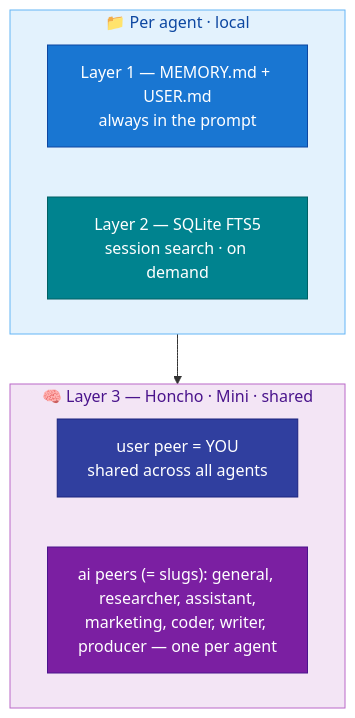
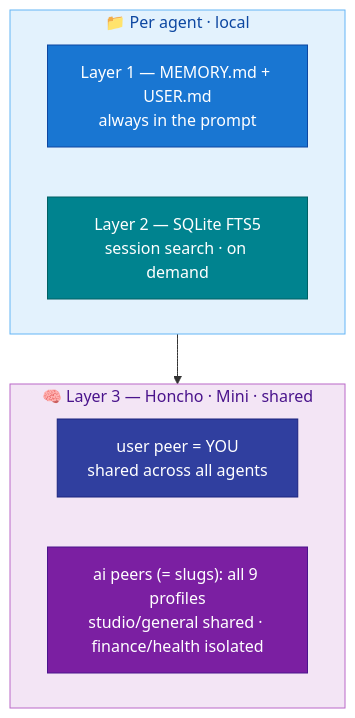
The first of 2 diagrams in docs/07-memory.md (mpolatcan/hermes-setup), drawn with Mermaid before and after one commit. The commit also changed other lines of this file and 14 other files, not shown here.

````diff
--- a/docs/07-memory.md
+++ b/docs/07-memory.md
@@ -7,18 +7,18 @@
 ```mermaid
 flowchart TB
     subgraph per["📁 Per agent · local"]
         L1["Layer 1 — MEMORY.md + USER.md<br/>always in the prompt"]:::l1
         L2["Layer 2 — SQLite FTS5<br/>session search · on demand"]:::l2
     end
     subgraph hon["🧠 Layer 3 — Honcho · Mini · shared"]
         user["user peer = YOU<br/>shared across all agents"]:::user
-        peers["ai peers (= slugs): general, researcher, assistant,<br/>marketing, coder, writer, producer — one per agent"]:::infra
+        peers["ai peers (= slugs): all 9 profiles<br/>studio/general shared · finance/health isolated"]:::infra
     end
     per --> hon
     classDef l1 fill:#1976D2,stroke:#0D47A1,color:#fff
     classDef l2 fill:#00838F,stroke:#006064,color:#fff
     classDef user fill:#303F9F,stroke:#1A237E,color:#fff
     classDef infra fill:#7B1FA2,stroke:#4A148C,color:#fff
     style per fill:#E3F2FD,stroke:#64B5F6,color:#0D47A1
     style hon fill:#F3E5F5,stroke:#BA68C8,color:#4A148C
 ```
````
